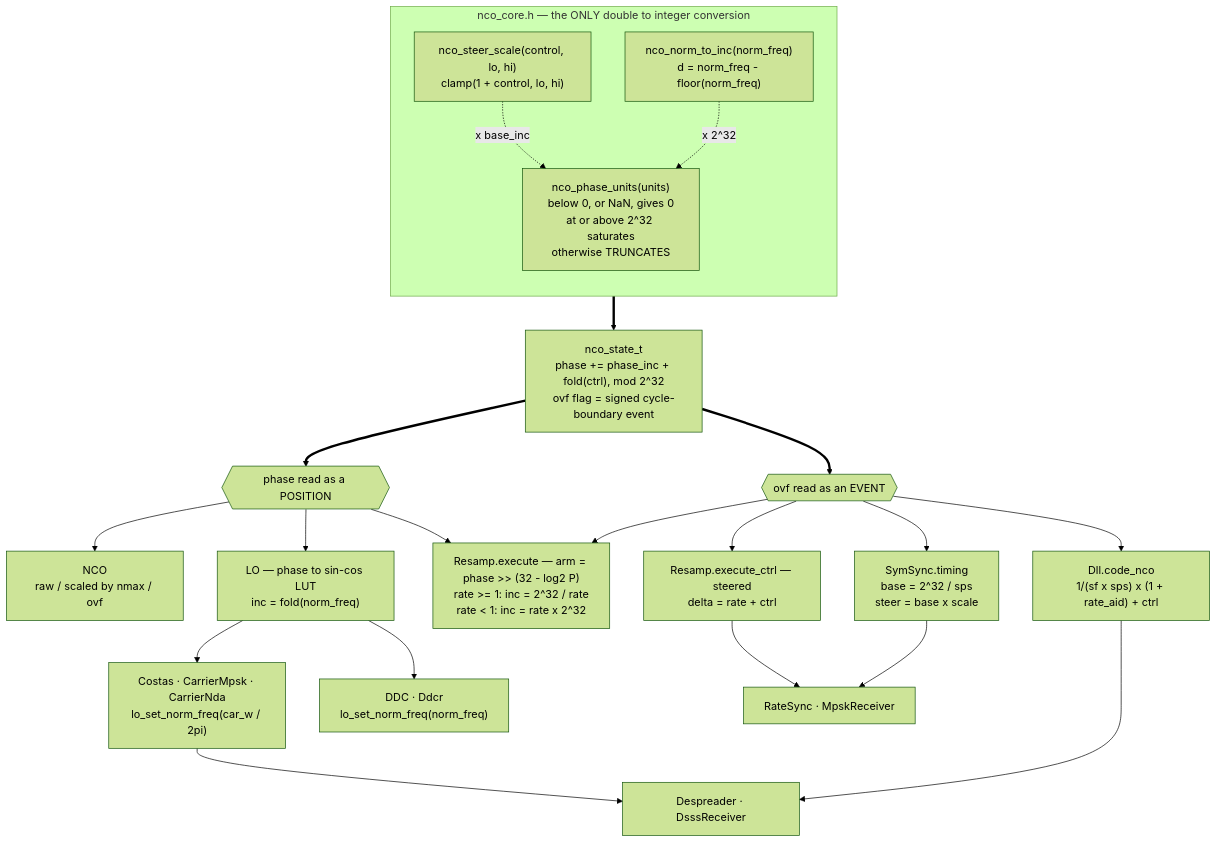
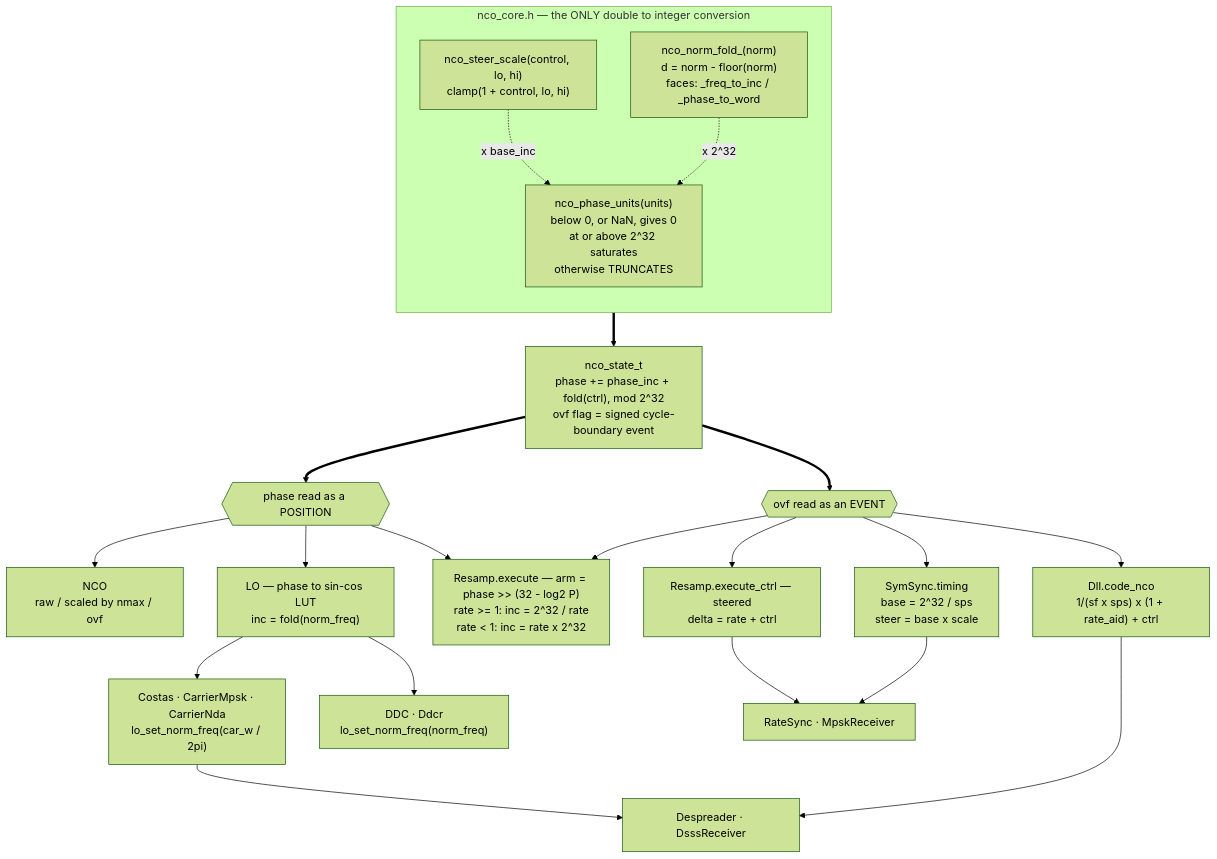
The diagram in docs/design/nco.md (doppler-dsp/doppler), drawn with Mermaid (forest theme) before and after one commit. The commit also changed other lines of this file and 18 other files, not shown here.

First line of the commit message:
refactor(nco): two named faces over one fold; the dual use was unstated

````diff
--- a/docs/design/nco.md
+++ b/docs/design/nco.md
@@ -46,34 +52,34 @@
 ```mermaid
 flowchart TB
     subgraph SSOT["nco_core.h — the ONLY double to integer conversion"]
         direction TB
         STEER["nco_steer_scale(control, lo, hi)<br/>clamp(1 + control, lo, hi)"]
-        FOLD["nco_norm_to_inc(norm_freq)<br/>d = norm_freq - floor(norm_freq)"]
+        FOLD["nco_norm_fold_(norm)<br/>d = norm - floor(norm)<br/>faces: _freq_to_inc / _phase_to_word"]
         CONV["nco_phase_units(units)<br/>below 0, or NaN, gives 0<br/>at or above 2^32 saturates<br/>otherwise TRUNCATES"]
         STEER -. "x base_inc" .-> CONV
         FOLD -. "x 2^32" .-> CONV
     end
 
     CONV ==> ACC["nco_state_t<br/>phase += phase_inc + fold(ctrl), mod 2^32<br/>ovf flag = signed cycle-boundary event"]
 
     ACC ==> SYNTH{{"phase read as a POSITION"}}
     ACC ==> STROBE{{"ovf read as an EVENT"}}
 
     SYNTH --> NCOOBJ["NCO<br/>raw / scaled by nmax / ovf"]
     SYNTH --> LO["LO — phase to sin-cos LUT<br/>inc = fold(norm_freq)"]
     LO --> CAR["Costas · CarrierMpsk · CarrierNda<br/>lo_set_norm_freq(car_w / 2pi)"]
     LO --> DDCN["DDC · Ddcr<br/>lo_set_norm_freq(norm_freq)"]
 
     SYNTH --> RSE["Resamp.execute — arm = phase >> (32 - log2 P)<br/>rate >= 1: inc = 2^32 / rate<br/>rate < 1: inc = rate x 2^32"]
     STROBE --> RSE
 
     STROBE --> RSC["Resamp.execute_ctrl — steered<br/>delta = rate + ctrl"]
     STROBE --> SYMS["SymSync.timing<br/>base = 2^32 / sps<br/>steer = base x scale"]
     STROBE --> DLL["Dll.code_nco<br/>1/(sf x sps) x (1 + rate_aid) + ctrl"]
 
     RSC --> RSYNC["RateSync · MpskReceiver"]
     SYMS --> RSYNC
     DLL --> DSSS["Despreader · DsssReceiver"]
     CAR --> DSSS
 
 ```
````
